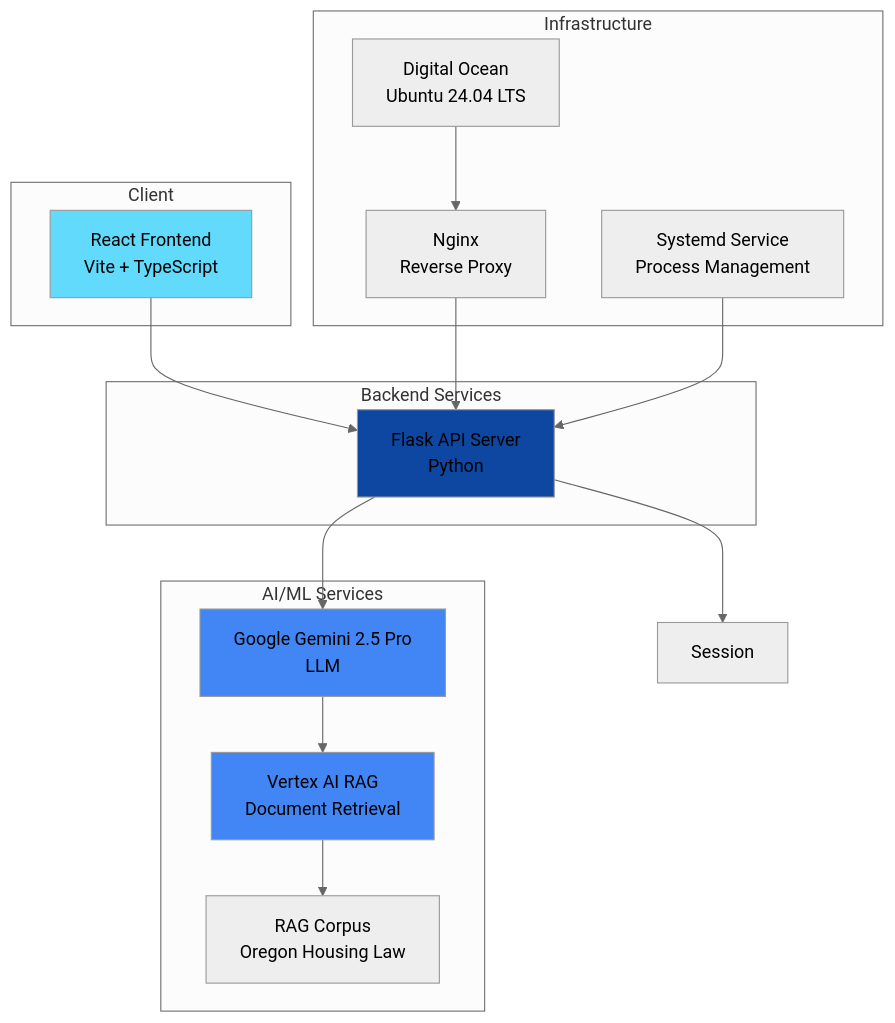
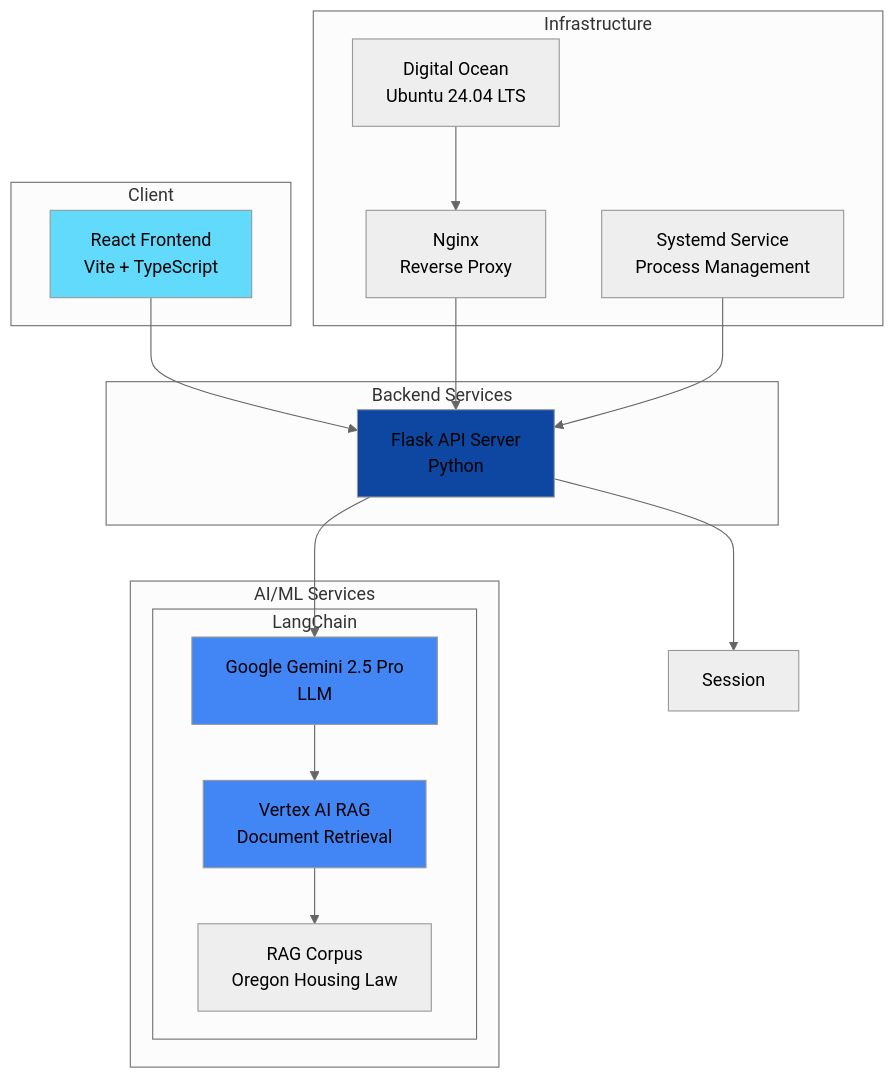
The first of 9 diagrams in Architecture.md (codeforpdx/tenantfirstaid), drawn with Mermaid (neutral theme) before and after one commit. The commit also changed other lines of this file, not shown here.

Commit message:
update with LangChain details

````diff
--- a/Architecture.md
+++ b/Architecture.md
@@ -9,36 +9,38 @@
 ```mermaid
 graph TB
     subgraph "Client"
         Frontend[React Frontend<br/>Vite + TypeScript]
     end
 
     subgraph "Backend Services"
         API[Flask API Server<br/>Python]
     end
 
     subgraph "AI/ML Services"
-        Gemini[Google Gemini 2.5 Pro<br/>LLM]
-        RAG[Vertex AI RAG<br/>Document Retrieval]
-        Corpus[RAG Corpus<br/>Oregon Housing Law]
+        subgraph "LangChain"
+            Gemini[Google Gemini 2.5 Pro<br/>LLM]
+            RAG[Vertex AI RAG<br/>Document Retrieval]
+            Corpus[RAG Corpus<br/>Oregon Housing Law]
+        end
     end
 
     subgraph "Infrastructure"
         Nginx[Nginx<br/>Reverse Proxy]
         DO[Digital Ocean<br/>Ubuntu 24.04 LTS]
         Systemd[Systemd Service<br/>Process Management]
     end
 
     Frontend --> API
     API --> Session
     API --> Gemini
     Gemini --> RAG
     RAG --> Corpus
     Nginx --> API
     DO --> Nginx
     Systemd --> API
 
     style Frontend fill:#61dafb
     style API fill:#0d47a1
     style Gemini fill:#4285f4
     style RAG fill:#4285f4
 ```
````
